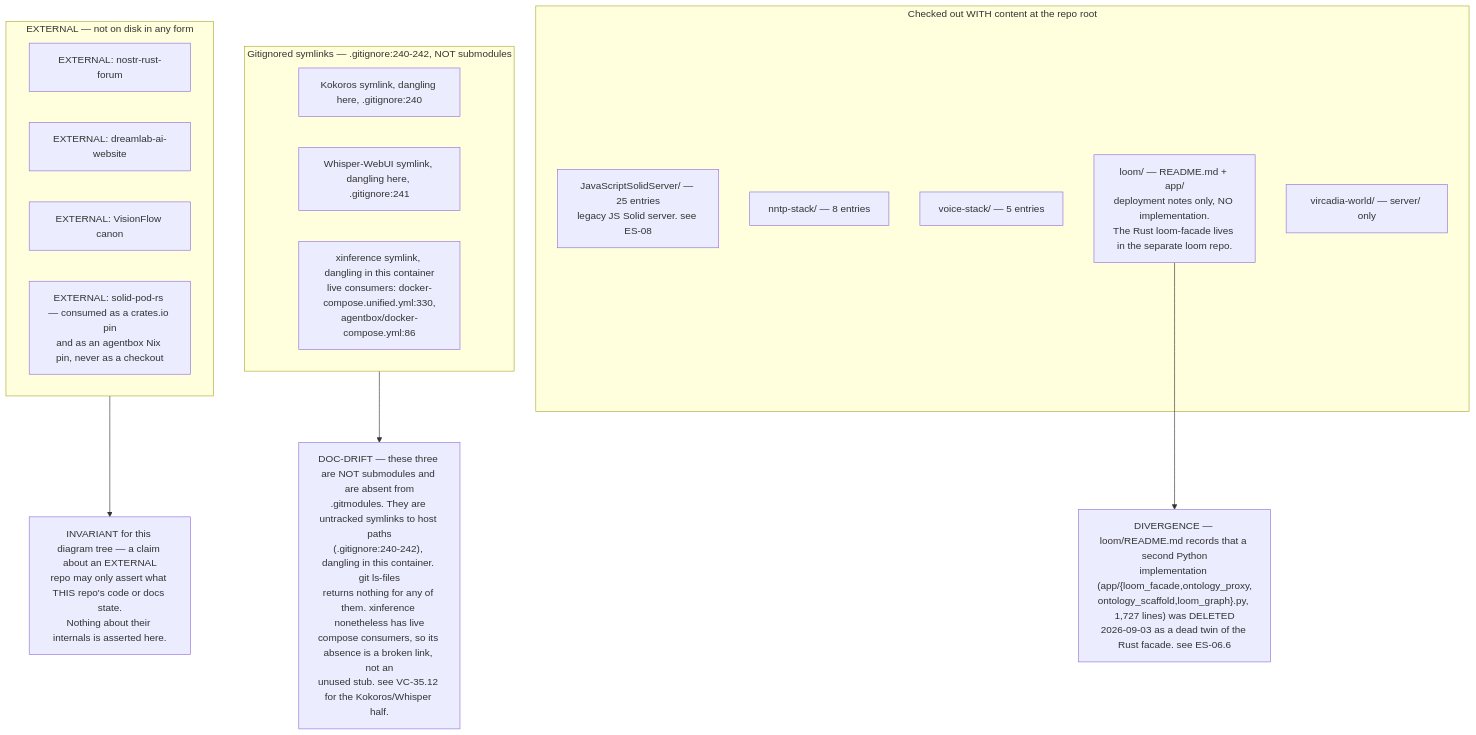
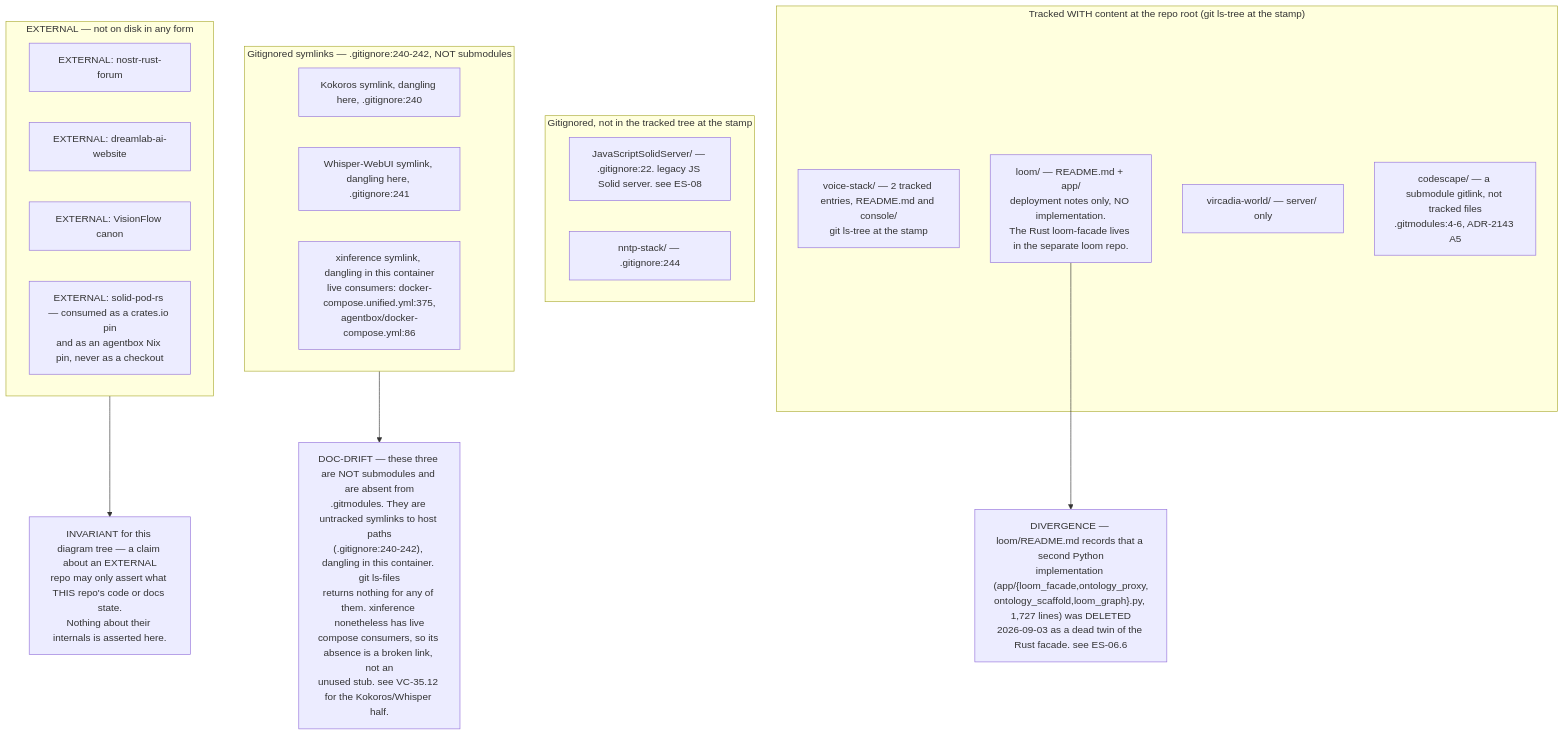
One commit to DreamLab-AI/VisionFlow changed the sixth of 8 diagrams in docs/diagrams/estate/01-estate-topology.md. Above: the diagram before and after it, drawn with Mermaid. The commit also changed other lines of this file and 160 other files, not shown here.

````diff
--- a/docs/diagrams/estate/01-estate-topology.md
+++ b/docs/diagrams/estate/01-estate-topology.md
@@ -242,29 +268,32 @@
 ```mermaid
 flowchart TB
-    subgraph real["Checked out WITH content at the repo root"]
-        R1["JavaScriptSolidServer/ — 25 entries<br/>legacy JS Solid server. see ES-08"]
-        R2["nntp-stack/ — 8 entries"]
-        R3["voice-stack/ — 5 entries"]
+    subgraph real["Tracked WITH content at the repo root (git ls-tree at the stamp)"]
+        R3["voice-stack/ — 2 tracked entries, README.md and console/<br/>git ls-tree at the stamp"]
         R4["loom/ — README.md + app/<br/>deployment notes only, NO implementation.<br/>The Rust loom-facade lives in the separate loom repo."]
         R5["vircadia-world/ — server/ only"]
+        R6["codescape/ — a submodule gitlink, not tracked files<br/>.gitmodules:4-6, ADR-2143 A5"]
+    end
+    subgraph gone["Gitignored, not in the tracked tree at the stamp"]
+        G1["JavaScriptSolidServer/ — .gitignore:22. legacy JS Solid server. see ES-08"]
+        G2["nntp-stack/ — .gitignore:244"]
     end
     subgraph stub["Gitignored symlinks — .gitignore:240-242, NOT submodules"]
         S1["Kokoros symlink, dangling here, .gitignore:240"]
         S2["Whisper-WebUI symlink, dangling here, .gitignore:241"]
-        S3["xinference symlink, dangling in this container<br/>live consumers: docker-compose.unified.yml:330,<br/>agentbox/docker-compose.yml:86"]
+        S3["xinference symlink, dangling in this container<br/>live consumers: docker-compose.unified.yml:375,<br/>agentbox/docker-compose.yml:86"]
     end
     subgraph ext["EXTERNAL — not on disk in any form"]
         E1["EXTERNAL: nostr-rust-forum"]
         E2["EXTERNAL: dreamlab-ai-website"]
         E3["EXTERNAL: VisionFlow canon"]
         E4["EXTERNAL: solid-pod-rs — consumed as a crates.io pin<br/>and as an agentbox Nix pin, never as a checkout"]
     end
 
     WARN["INVARIANT for this diagram tree — a claim about an EXTERNAL<br/>repo may only assert what THIS repo's code or docs state.<br/>Nothing about their internals is asserted here."]
     D1["DOC-DRIFT — these three are NOT submodules and are absent from<br/>.gitmodules. They are untracked symlinks to host paths<br/>(.gitignore:240-242), dangling in this container. git ls-files<br/>returns nothing for any of them. xinference nonetheless has live<br/>compose consumers, so its absence is a broken link, not an<br/>unused stub. see VC-35.12 for the Kokoros/Whisper half."]
     D2["DIVERGENCE — loom/README.md records that a second Python<br/>implementation (app/{loom_facade,ontology_proxy,<br/>ontology_scaffold,loom_graph}.py, 1,727 lines) was DELETED<br/>2026-09-03 as a dead twin of the Rust facade. see ES-06.6"]
 
     stub --> D1
     R4 --> D2
     ext --> WARN
 ```
````
